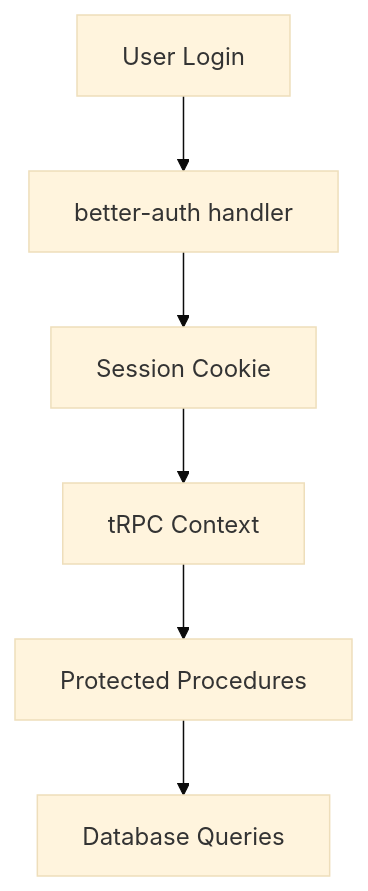
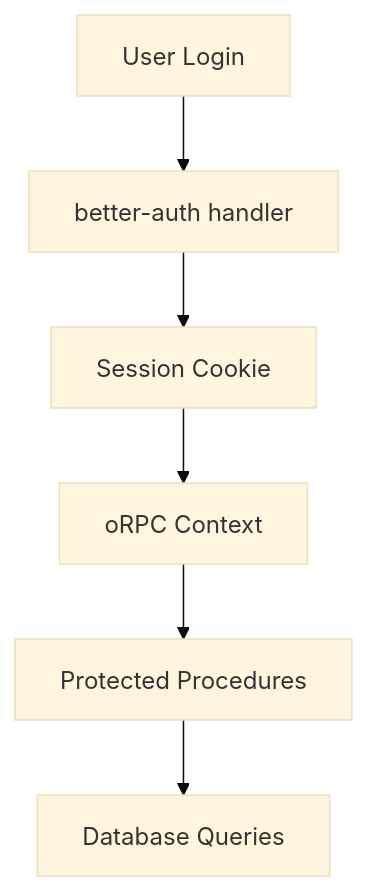
The diagram in apps/web/content/docs/architecture/authentication.mdx (kyh/init), drawn with Mermaid (base theme) before and after one commit. The commit also changed other lines of this file and 65 other files, not shown here.

````diff
--- a/apps/web/content/docs/architecture/authentication.mdx
+++ b/apps/web/content/docs/architecture/authentication.mdx
@@ -19,8 +19,8 @@
 ```mermaid
 graph TD
     A[User Login] --> B[better-auth handler]
     B --> C[Session Cookie]
-    C --> D[tRPC Context]
+    C --> D[oRPC Context]
     D --> E[Protected Procedures]
     E --> F[Database Queries]
 ```
````
